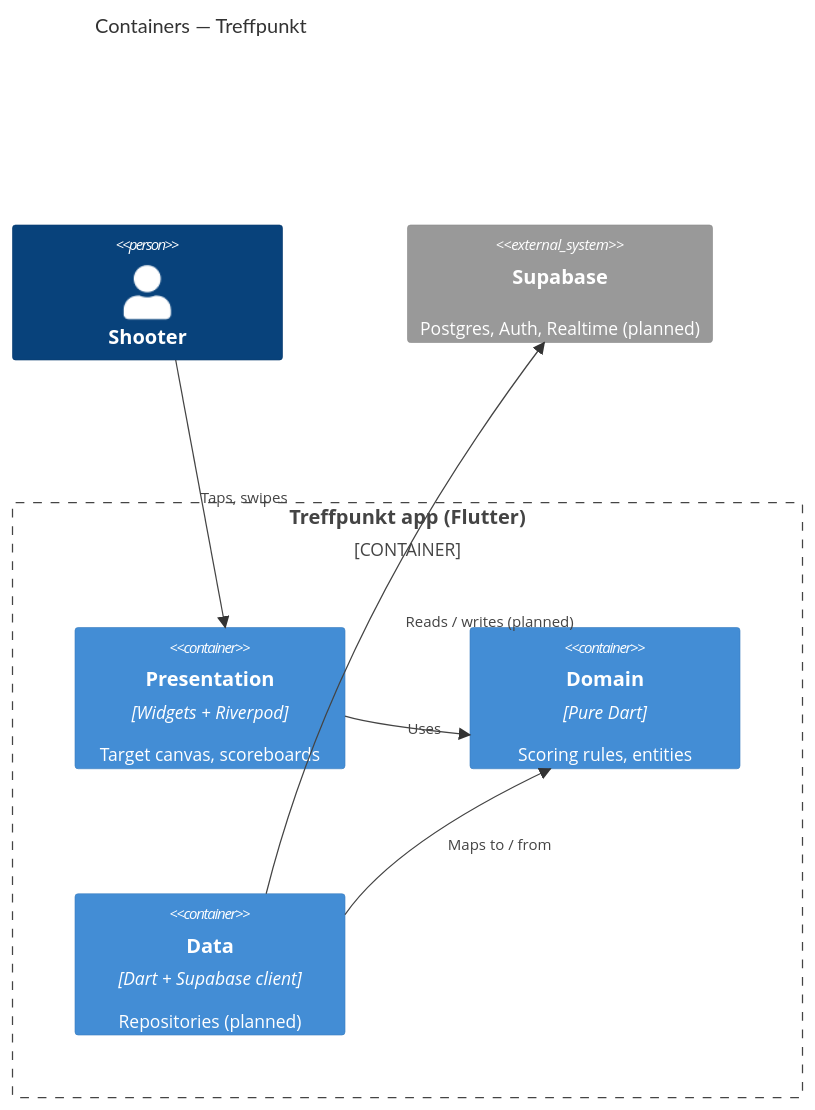
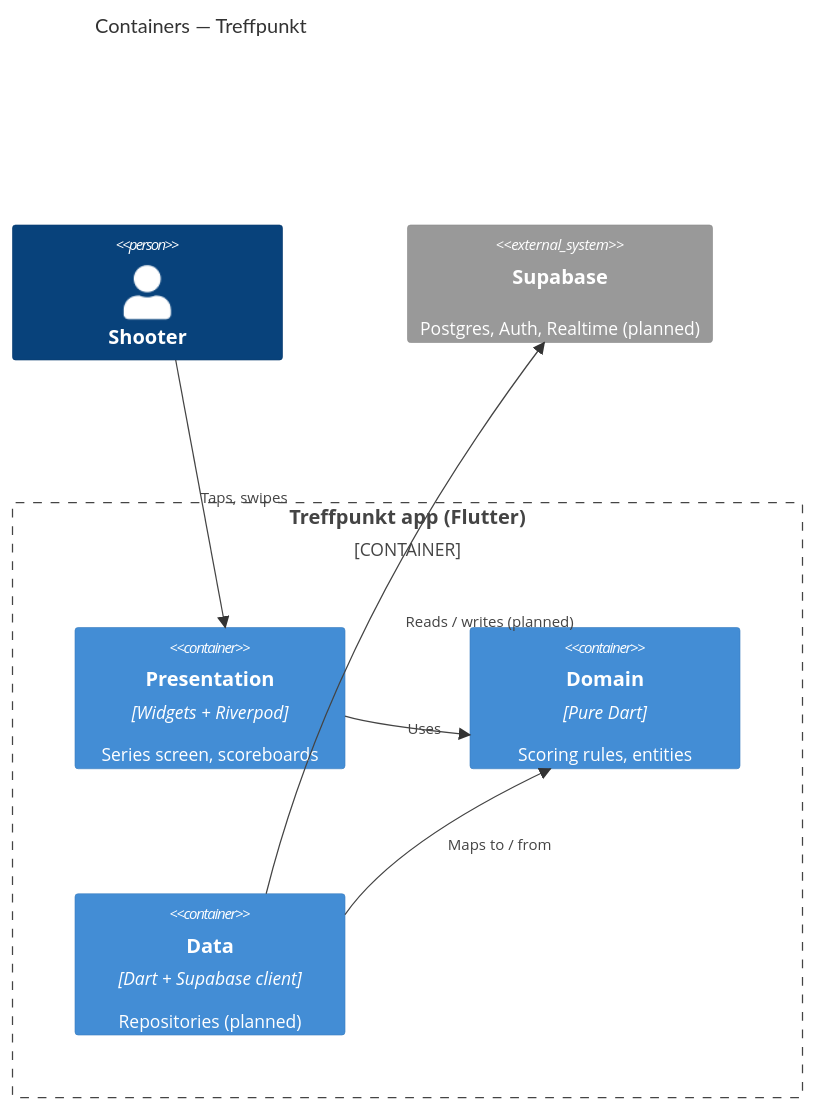
The second of 3 diagrams in docs/dev/architecture.md (roykollensvendsen/treffpunkt), drawn with Mermaid before and after one commit. The commit also changed other lines of this file and 23 other files, not shown here.

First line of the commit message:
feat(scoring): show a series on a scorecard screen

````diff
--- a/docs/dev/architecture.md
+++ b/docs/dev/architecture.md
@@ -23,15 +24,15 @@
 ```mermaid
 C4Container
   title Containers — Treffpunkt
   Person(shooter, "Shooter")
   Container_Boundary(app, "Treffpunkt app (Flutter)") {
-    Container(ui, "Presentation", "Widgets + Riverpod", "Target canvas, scoreboards")
+    Container(ui, "Presentation", "Widgets + Riverpod", "Series screen, scoreboards")
     Container(domain, "Domain", "Pure Dart", "Scoring rules, entities")
     Container(data, "Data", "Dart + Supabase client", "Repositories (planned)")
   }
   System_Ext(supabase, "Supabase", "Postgres, Auth, Realtime (planned)")
   Rel(shooter, ui, "Taps, swipes")
   Rel(ui, domain, "Uses")
   Rel(data, domain, "Maps to / from")
   Rel(data, supabase, "Reads / writes (planned)")
 ```
````
